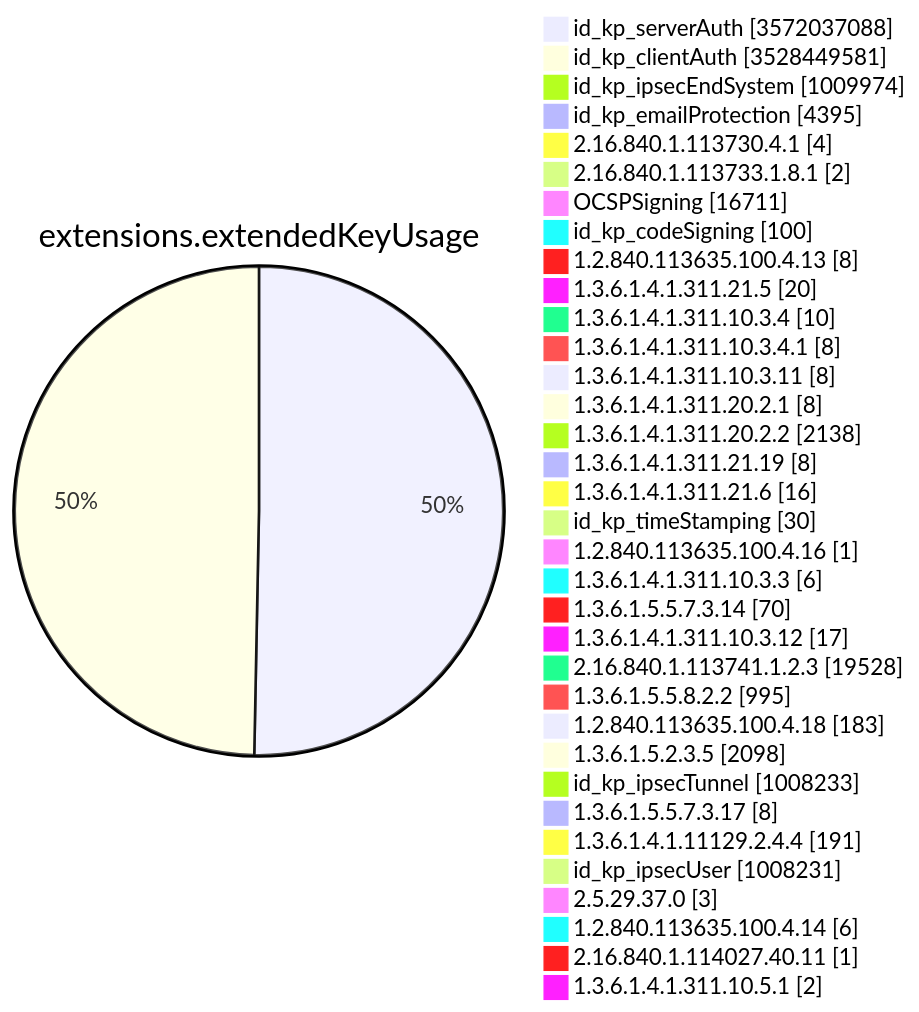
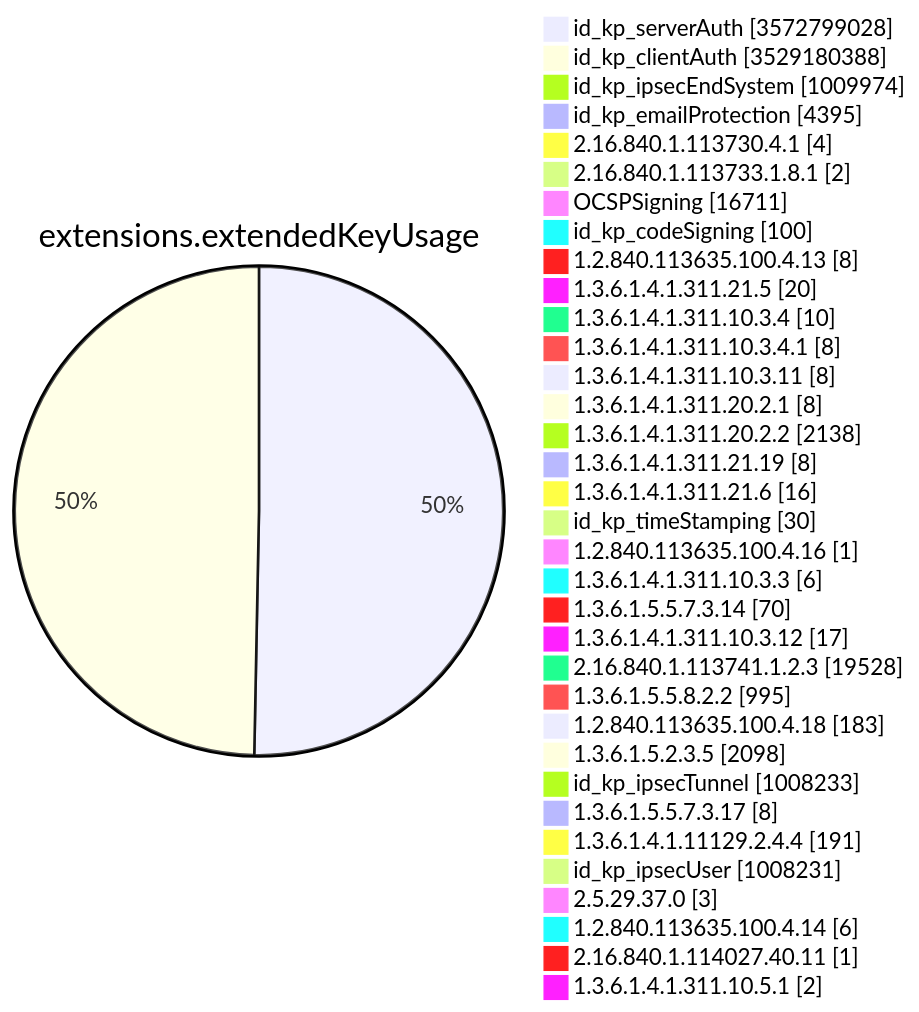
One commit to christiankrug/ctmonitor_visualization changed diagram 11 of 15 in TOTAL/README.md. Above: the diagram before and after it, drawn with Mermaid. The commit also changed other lines of this file, not shown here.

````diff
--- a/TOTAL/README.md
+++ b/TOTAL/README.md
@@ -4128,38 +4128,38 @@
 ```mermaid
 pie showData
 title extensions.extendedKeyUsage
-"id_kp_serverAuth" :3572037088
-"id_kp_clientAuth" :3528449581
+"id_kp_serverAuth" :3572799028
+"id_kp_clientAuth" :3529180388
 "id_kp_ipsecEndSystem" :1009974
 "id_kp_emailProtection" :4395
 "2.16.840.1.113730.4.1" :4
 "2.16.840.1.113733.1.8.1" :2
 "OCSPSigning" :16711
 "id_kp_codeSigning" :100
 "1.2.840.113635.100.4.13" :8
 "1.3.6.1.4.1.311.21.5" :20
 "1.3.6.1.4.1.311.10.3.4" :10
 "1.3.6.1.4.1.311.10.3.4.1" :8
 "1.3.6.1.4.1.311.10.3.11" :8
 "1.3.6.1.4.1.311.20.2.1" :8
 "1.3.6.1.4.1.311.20.2.2" :2138
 "1.3.6.1.4.1.311.21.19" :8
 "1.3.6.1.4.1.311.21.6" :16
 "id_kp_timeStamping" :30
 "1.2.840.113635.100.4.16" :1
 "1.3.6.1.4.1.311.10.3.3" :6
 "1.3.6.1.5.5.7.3.14" :70
 "1.3.6.1.4.1.311.10.3.12" :17
 "2.16.840.1.113741.1.2.3" :19528
 "1.3.6.1.5.5.8.2.2" :995
 "1.2.840.113635.100.4.18" :183
 "1.3.6.1.5.2.3.5" :2098
 "id_kp_ipsecTunnel" :1008233
 "1.3.6.1.5.5.7.3.17" :8
 "1.3.6.1.4.1.11129.2.4.4" :191
 "id_kp_ipsecUser" :1008231
 "2.5.29.37.0" :3
 "1.2.840.113635.100.4.14" :6
 "2.16.840.1.114027.40.11" :1
 "1.3.6.1.4.1.311.10.5.1" :2
 ```
````
